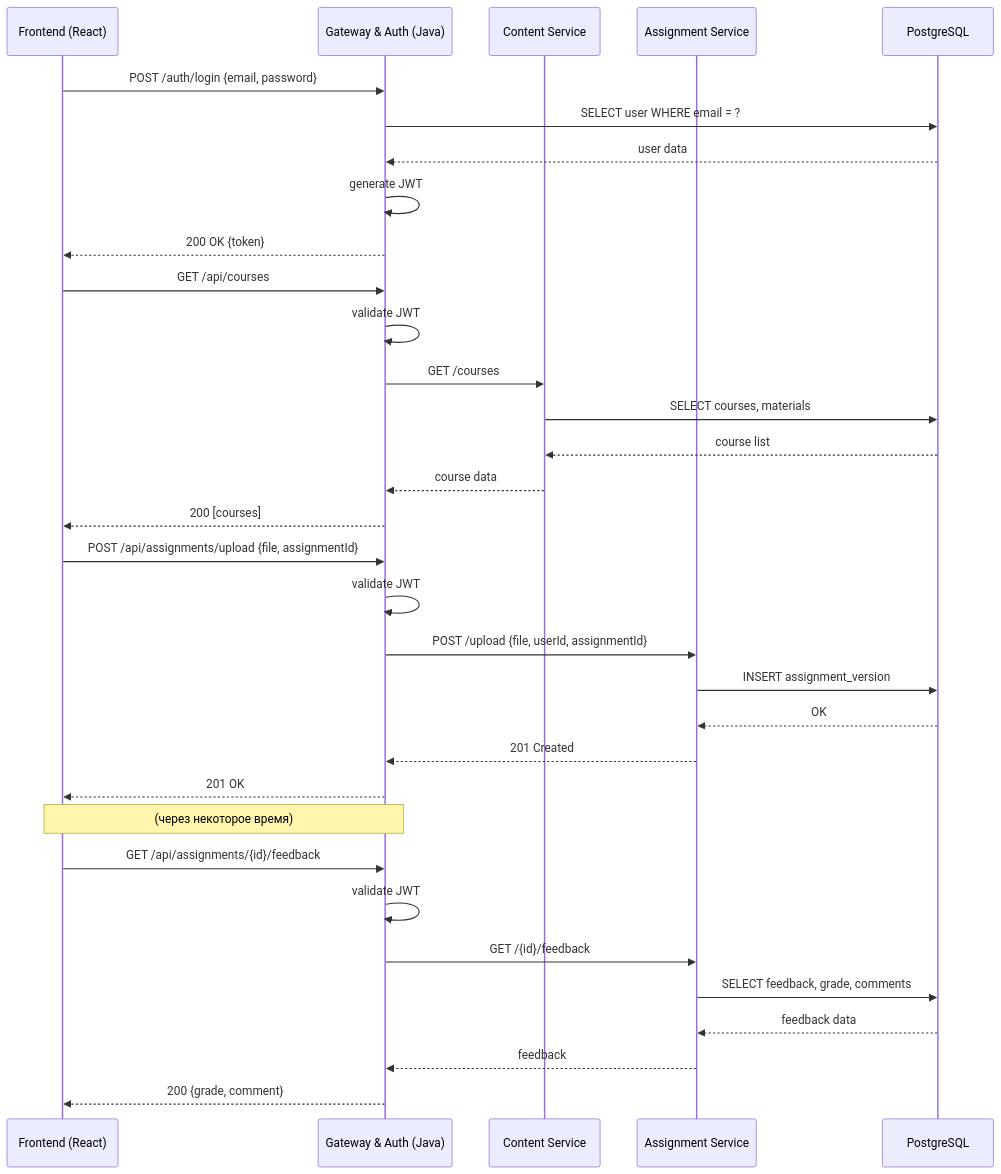
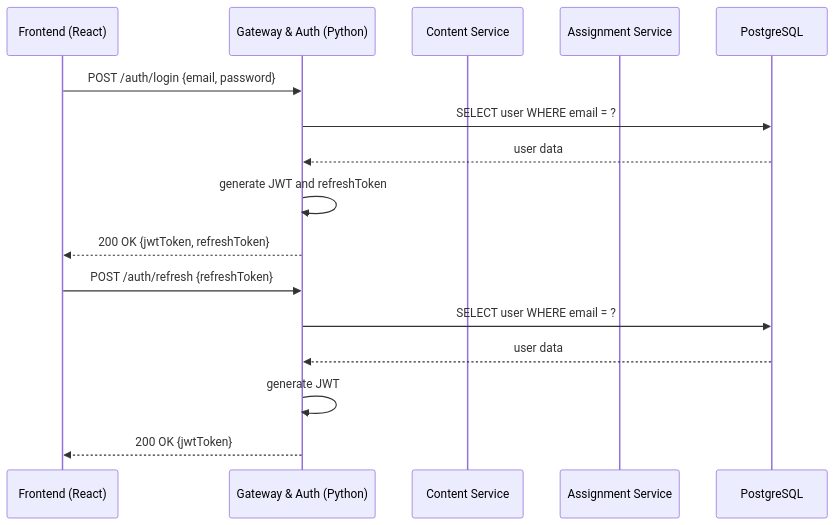
Before and after one commit to BruhWhyMeHaveNoIdea/Hack_Change: the diagram in docs/sequence.md, drawn with Mermaid.

Commit message:
feat: auth schema

````diff
--- a/docs/sequence.md
+++ b/docs/sequence.md
@@ -10,40 +10,20 @@
 ```mermaid
 sequenceDiagram
     participant Frontend as Frontend (React)
-    participant Gateway as Gateway & Auth (Java)
+    participant Gateway as Gateway & Auth (Python)
     participant ContentSvc as Content Service
     participant AssignmentSvc as Assignment Service
     participant DB as PostgreSQL
 
     Frontend->>Gateway: POST /auth/login {email, password}
     Gateway->>DB: SELECT user WHERE email = ?
     DB-->>Gateway: user data
+    Gateway->>Gateway: generate JWT and refreshToken
+    Gateway-->>Frontend: 200 OK {jwtToken, refreshToken}
+
+    Frontend->>Gateway: POST /auth/refresh {refreshToken}
+    Gateway->>DB: SELECT user WHERE email = ?
+    DB-->>Gateway: user data
     Gateway->>Gateway: generate JWT
-    Gateway-->>Frontend: 200 OK {token}
-
-    Frontend->>Gateway: GET /api/courses
-    Gateway->>Gateway: validate JWT
-    Gateway->>ContentSvc: GET /courses
-    ContentSvc->>DB: SELECT courses, materials
-    DB-->>ContentSvc: course list
-    ContentSvc-->>Gateway: course data
-    Gateway-->>Frontend: 200 [courses]
-
-    Frontend->>Gateway: POST /api/assignments/upload {file, assignmentId}
-    Gateway->>Gateway: validate JWT
-    Gateway->>AssignmentSvc: POST /upload {file, userId, assignmentId}
-    AssignmentSvc->>DB: INSERT assignment_version
-    DB-->>AssignmentSvc: OK
-    AssignmentSvc-->>Gateway: 201 Created
-    Gateway-->>Frontend: 201 OK
-
-    Note over Frontend,Gateway: (через некоторое время)
-
-    Frontend->>Gateway: GET /api/assignments/{id}/feedback
-    Gateway->>Gateway: validate JWT
-    Gateway->>AssignmentSvc: GET /{id}/feedback
-    AssignmentSvc->>DB: SELECT feedback, grade, comments
-    DB-->>AssignmentSvc: feedback data
-    AssignmentSvc-->>Gateway: feedback
-    Gateway-->>Frontend: 200 {grade, comment}
+    Gateway-->>Frontend: 200 OK {jwtToken}
 ```
````
